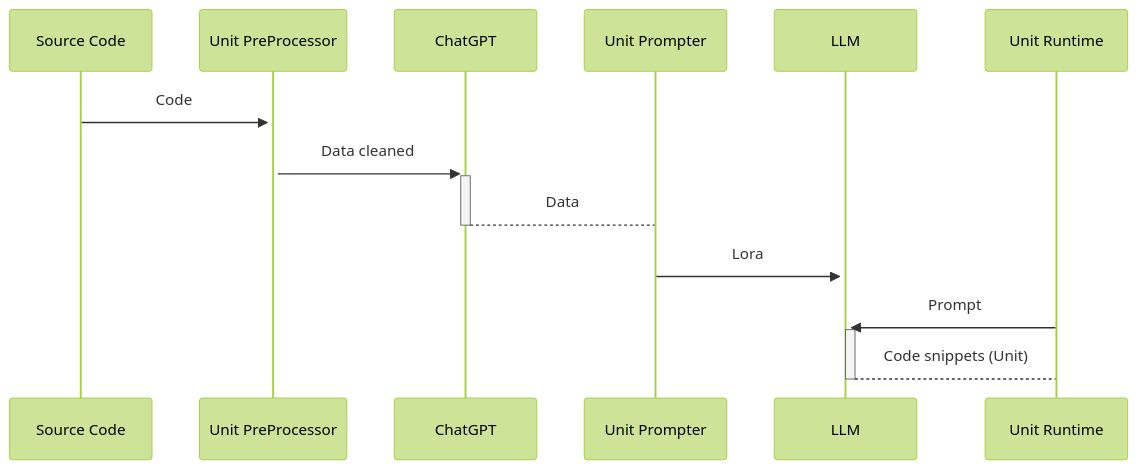
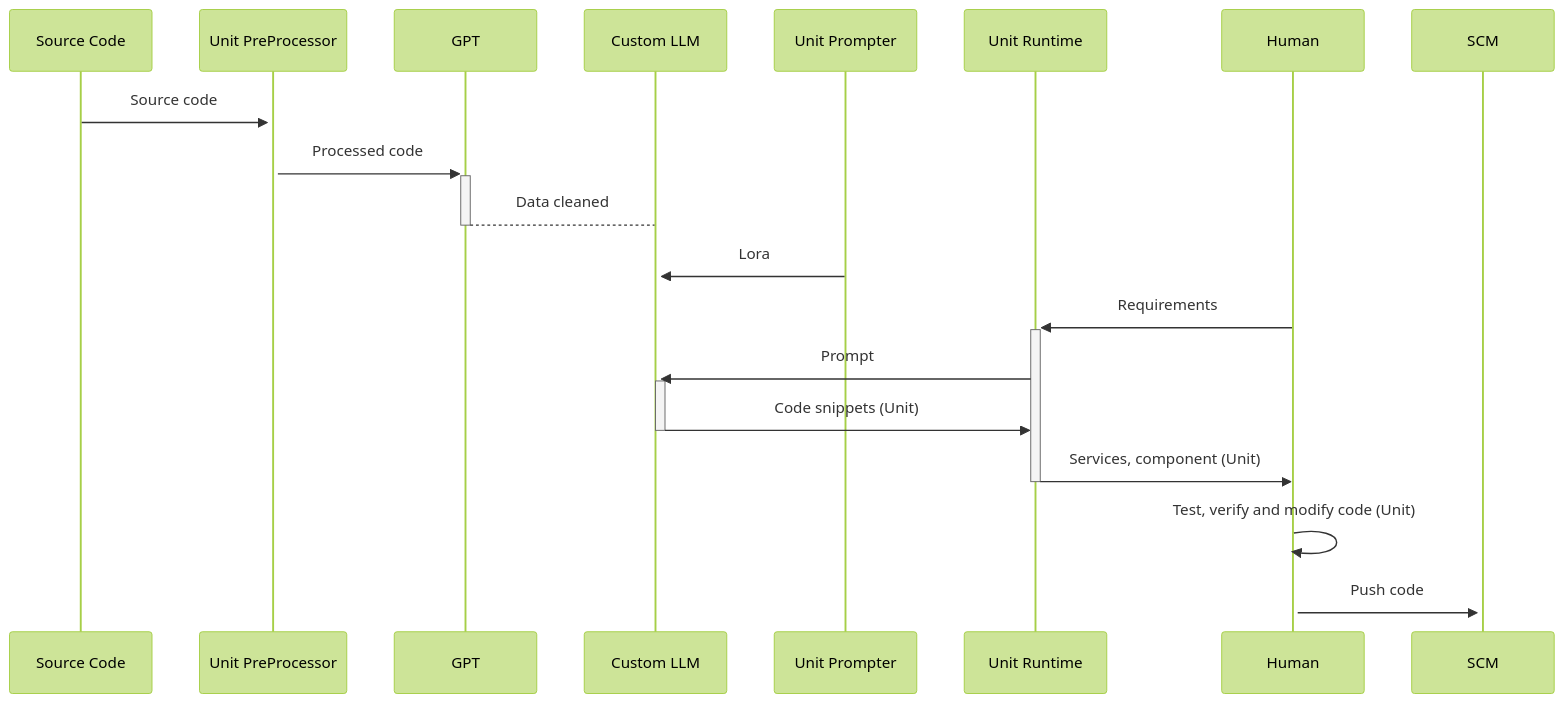
One commit to unit-mesh/.github changed the diagram in profile/README.md. Above: the diagram before and after it, drawn with Mermaid (forest theme).

````diff
--- a/profile/README.md
+++ b/profile/README.md
@@ -3,9 +3,21 @@
 ```mermaid
 sequenceDiagram
-    Source Code->>+Unit PreProcessor: Code
-    Unit PreProcessor->>+ChatGPT: Data cleaned
-    ChatGPT-->-Unit Prompter: Data
-    Unit Prompter->>+LLM: Lora
-    Unit Runtime->>+LLM: Prompt
-    LLM-->-Unit Runtime: Code snippets (Unit)
+    participant Source Code
+    participant Unit PreProcessor
+    participant GPT
+    participant Custom LLM
+    participant Unit Prompter
+    participant Unit Runtime
+    participant Human
+
+    Source Code->>+Unit PreProcessor: Source code
+    Unit PreProcessor->>+GPT: Processed code
+    GPT-->-Custom LLM: Data cleaned
+    Unit Prompter->>+Custom LLM: Lora
+    Human->>+Unit Runtime: Requirements
+    Unit Runtime->>+Custom LLM: Prompt
+    Custom LLM->>-Unit Runtime: Code snippets (Unit)
+    Unit Runtime->>-Human: Services, component  (Unit)
+    Human->>+Human: Test, verify and modify code (Unit)
+    Human->>+SCM: Push code
 ```
````
